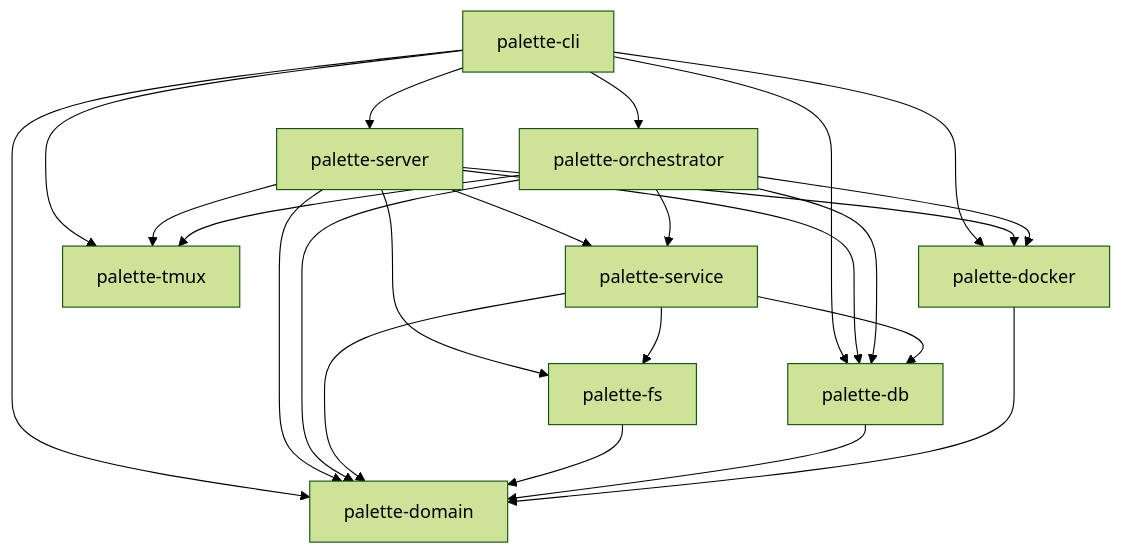
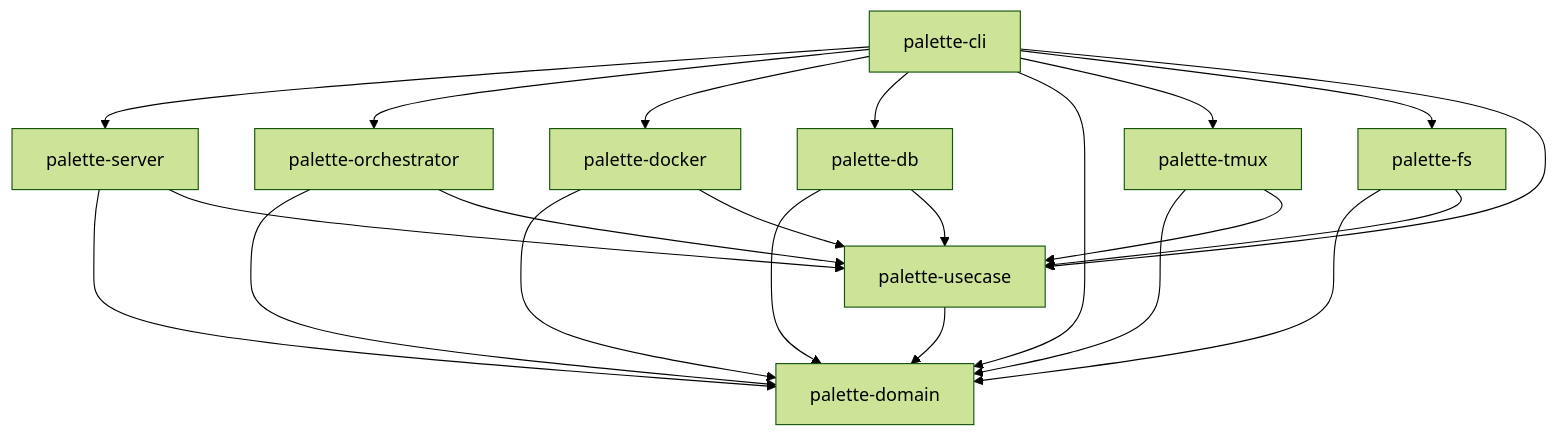
Before and after one commit to x7c1/palette: the diagram in docs/guides/palette-design.md, drawn with Mermaid (forest theme). The commit also changed other lines of this file and 73 other files, not shown here.

````diff
--- a/docs/guides/palette-design.md
+++ b/docs/guides/palette-design.md
@@ -17,30 +17,28 @@
 ```mermaid
 graph TD
     cli[palette-cli] --> server[palette-server]
     cli --> orch[palette-orchestrator]
     cli --> docker[palette-docker]
     cli --> db[palette-db]
     cli --> domain[palette-domain]
     cli --> tmux[palette-tmux]
+    cli --> fs[palette-fs]
+    cli --> usecase[palette-usecase]
 
-    server --> db
-    server --> docker
     server --> domain
-    server --> fs[palette-fs]
-    server --> service[palette-service]
-    server --> tmux
+    server --> usecase
 
-    orch --> db
-    orch --> docker
     orch --> domain
-    orch --> service
-    orch --> tmux
+    orch --> usecase
 
-    service --> db
-    service --> domain
-    service --> fs
+    db --> domain
+    db --> usecase
+    docker --> domain
+    docker --> usecase
+    fs --> domain
+    fs --> usecase
+    tmux --> domain
+    tmux --> usecase
 
-    fs --> domain
-    db --> domain
-    docker --> domain
+    usecase --> domain
 ```
````
